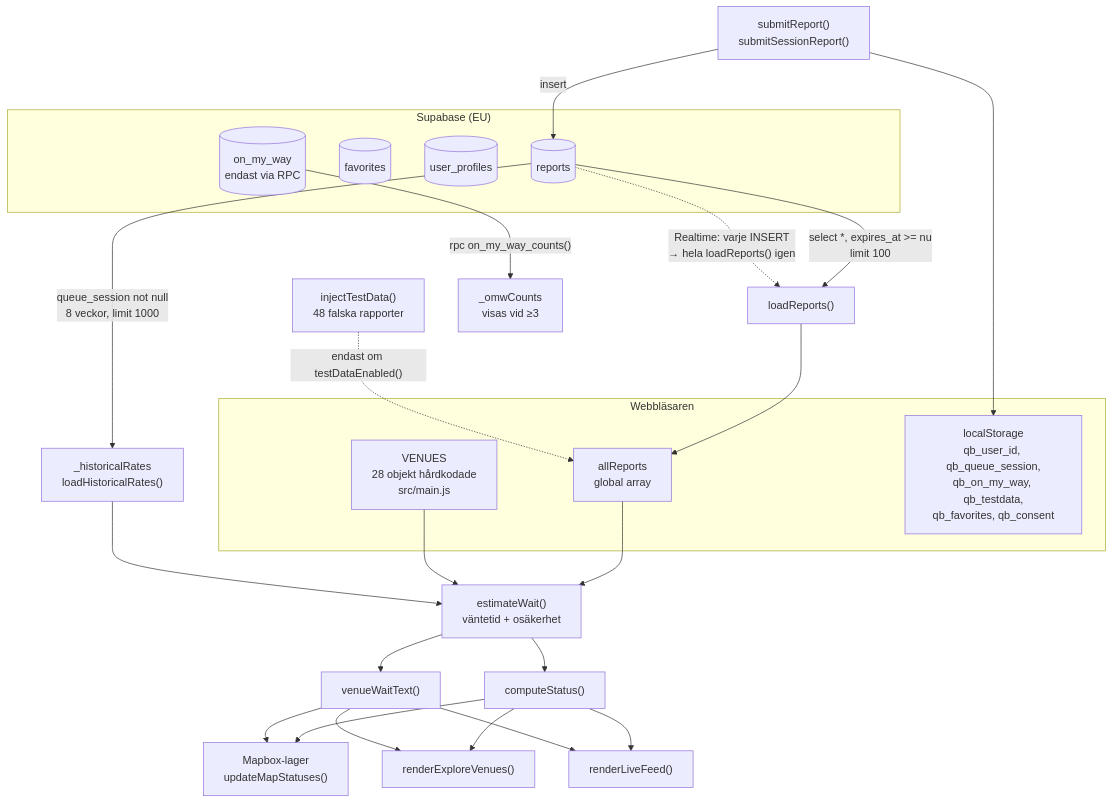
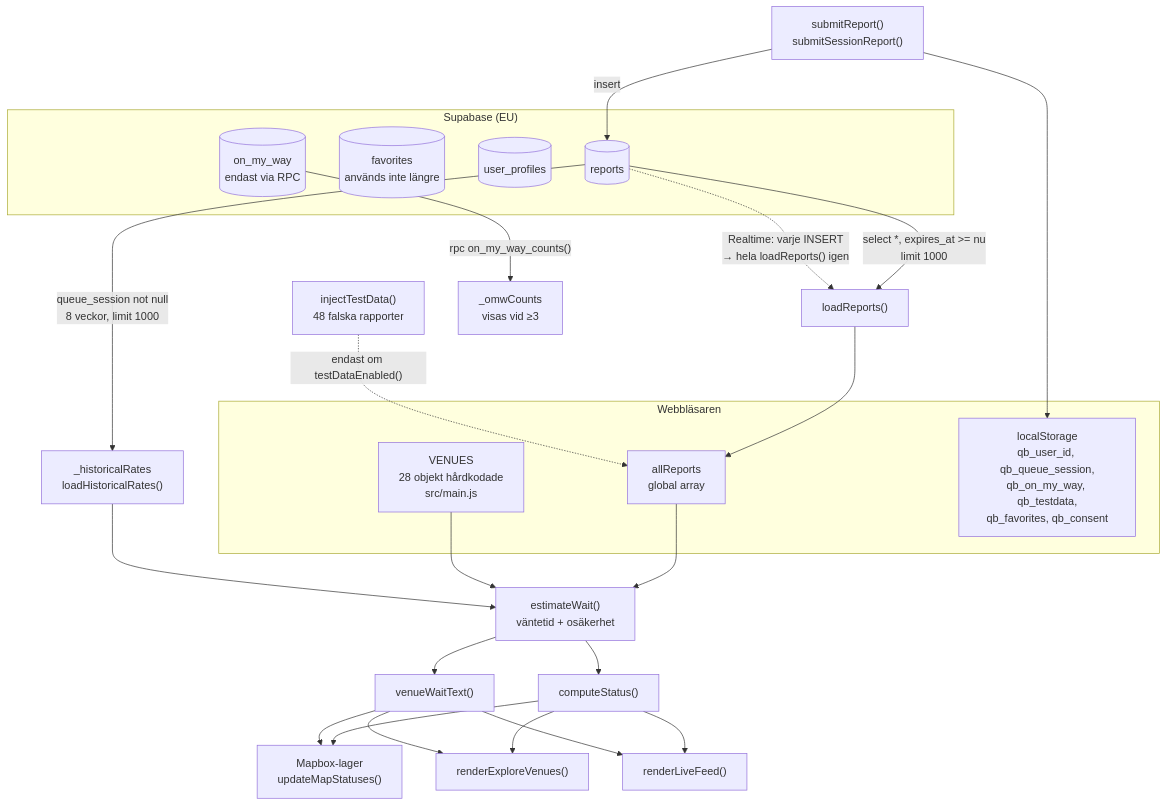
One commit to faisuseng3-dotcom/Anchor changed the diagram in docs/ARCHITECTURE.md. Above: the diagram before and after it, drawn with Mermaid. The commit also changed other lines of this file and 11 other files, not shown here.

````diff
--- a/docs/ARCHITECTURE.md
+++ b/docs/ARCHITECTURE.md
@@ -120,39 +120,39 @@
 ```mermaid
 flowchart TD
     subgraph Klient["Webbläsaren"]
         VENUES["VENUES<br/>28 objekt hårdkodade<br/>src/main.js"]
         AR["allReports<br/>global array"]
         LS["localStorage<br/>qb_user_id, qb_queue_session,<br/>qb_on_my_way, qb_testdata,<br/>qb_favorites, qb_consent"]
     end
 
     subgraph DB["Supabase (EU)"]
         REPORTS[("reports")]
-        FAV[("favorites")]
+        FAV[("favorites<br/>används inte längre")]
         PROF[("user_profiles")]
         OMW[("on_my_way<br/>endast via RPC")]
     end
 
-    REPORTS -->|"select *, expires_at >= nu<br/>limit 100"| LR["loadReports()"]
+    REPORTS -->|"select *, expires_at >= nu<br/>limit 1000"| LR["loadReports()"]
     LR --> AR
     TD["injectTestData()<br/>48 falska rapporter"] -.->|"endast om testDataEnabled()"| AR
 
     AR --> EW["estimateWait()<br/>väntetid + osäkerhet"]
     VENUES --> EW
     HR["_historicalRates<br/>loadHistoricalRates()"] --> EW
     REPORTS -->|"queue_session not null<br/>8 veckor, limit 1000"| HR
 
     EW --> CS["computeStatus()"]
     EW --> VWT["venueWaitText()"]
 
     CS --> MAP["Mapbox-lager<br/>updateMapStatuses()"]
     VWT --> MAP
     CS --> EXP["renderExploreVenues()"]
     VWT --> EXP
     CS --> LIVE["renderLiveFeed()"]
     VWT --> LIVE
 
     RPT["submitReport()<br/>submitSessionReport()"] -->|insert| REPORTS
     RPT --> LS
     REPORTS -.->|"Realtime: varje INSERT<br/>→ hela loadReports() igen"| LR
     OMW -->|"rpc on_my_way_counts()"| OMWC["_omwCounts<br/>visas vid ≥3"]
 ```
````
